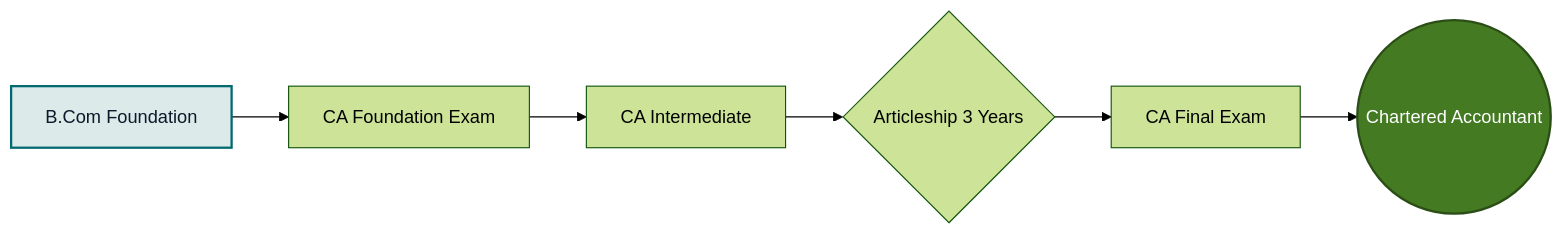
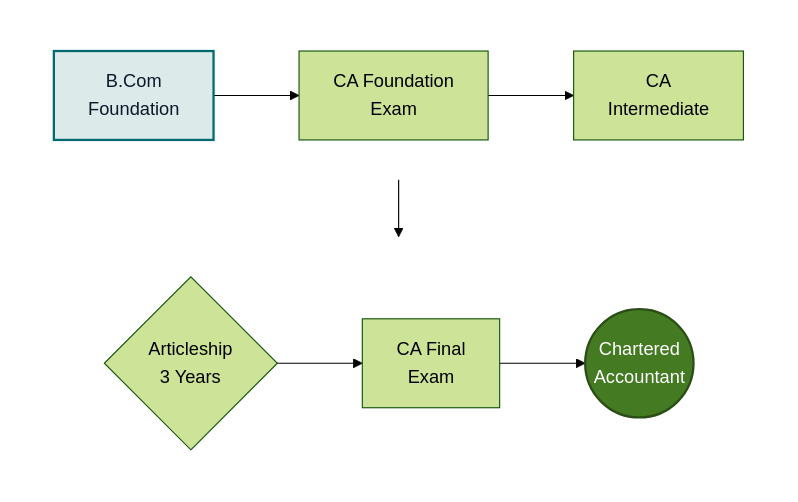
The first of 3 diagrams in curriculum-app/src/content/lessons/ug/bcom/sem5/week17.md (the-career-breweries/tcb-soft-skills), drawn with Mermaid (forest theme) before and after one commit. The commit also changed other lines of this file, not shown here.

Commit message:
style: split long roadmaps into two horizontal lines and add linebreaks to labels to improve magnification during printing

````diff
--- a/curriculum-app/src/content/lessons/ug/bcom/sem5/week17.md
+++ b/curriculum-app/src/content/lessons/ug/bcom/sem5/week17.md
@@ -24,11 +24,21 @@
 ```mermaid
-flowchart LR
-    A[B.Com Foundation] --> B[CA Foundation Exam]
-    B --> C[CA Intermediate]
-    C --> D{Articleship 3 Years}
-    D --> E[CA Final Exam]
-    E --> F((Chartered Accountant))
+flowchart TB
+    subgraph Row1 [" "]
+        direction LR
+        A[B.Com<br/>Foundation] --> B[CA Foundation<br/>Exam]
+        B --> C[CA<br/>Intermediate]
+    end
     
+    subgraph Row2 [" "]
+        direction LR
+        D{Articleship<br/>3 Years} --> E[CA Final<br/>Exam]
+        E --> F((Chartered<br/>Accountant))
+    end
+    
+    C --> D
+    
+    style Row1 fill:none,stroke:none,color:none
+    style Row2 fill:none,stroke:none,color:none
     style A fill:#dcebea,stroke:#01696f,stroke-width:2px,color:#0f172a
     style F fill:#437a22,stroke:#2b4d16,stroke-width:2px,color:#fff
 ```
````
